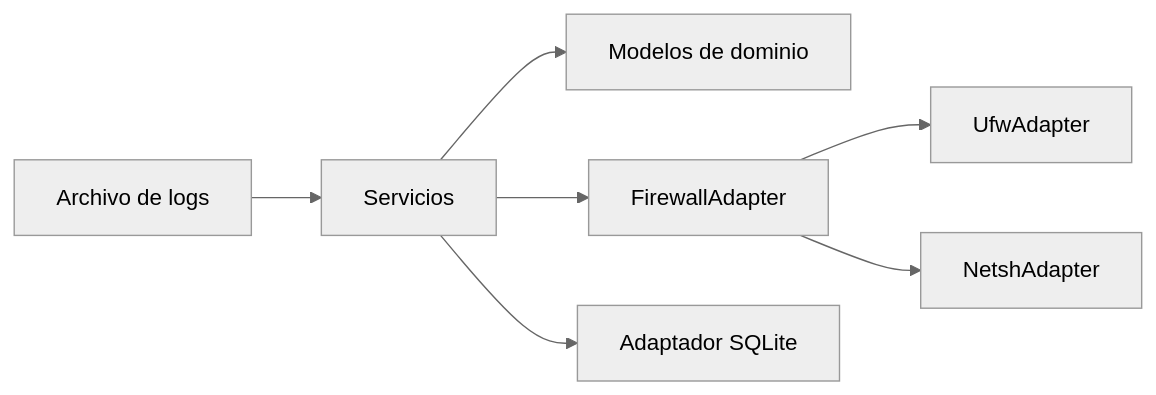
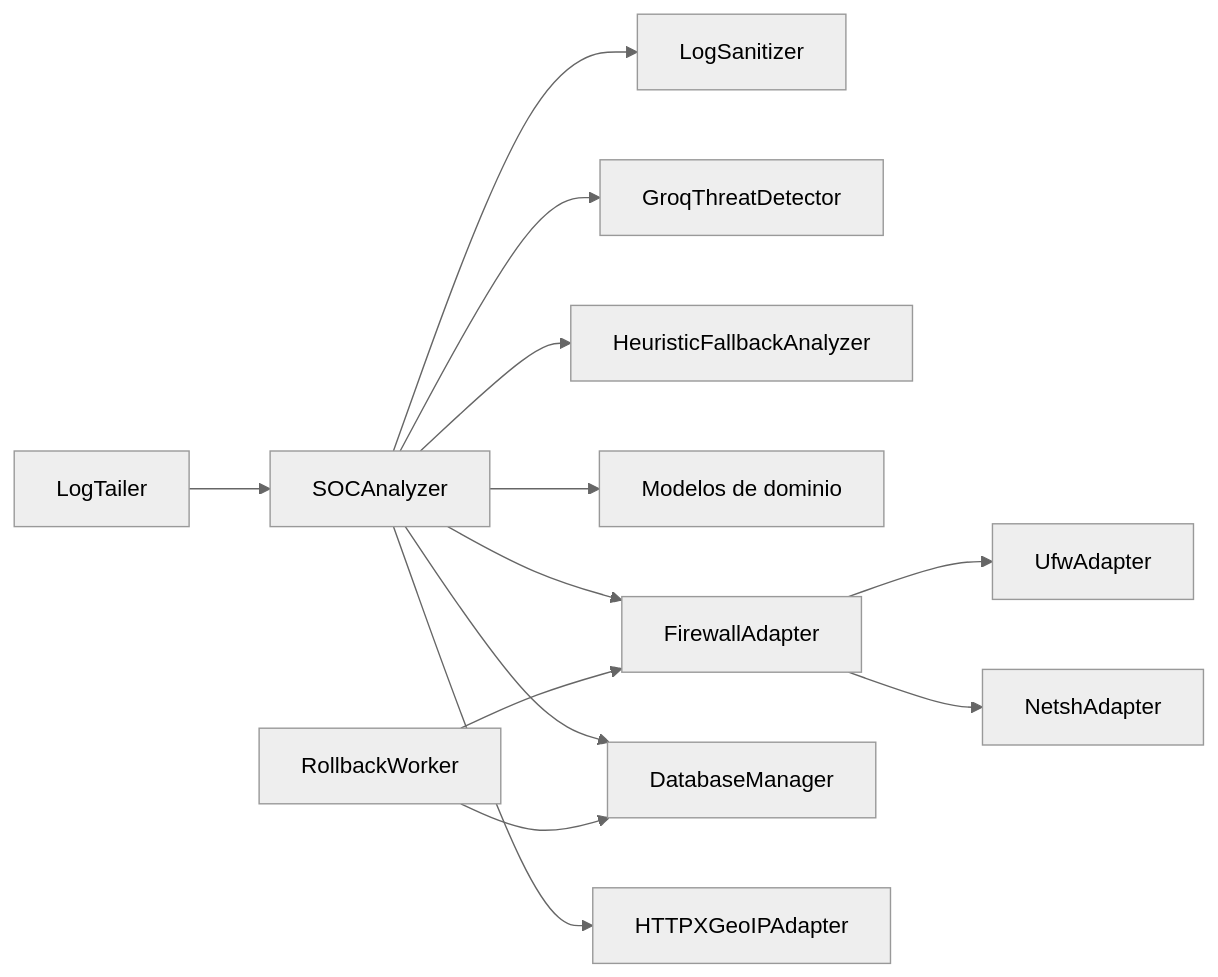
The diagram in ARCHITECTURE.md (juaanmgg/AI-SOC-Log-Analyzer), drawn with Mermaid (neutral theme) before and after one commit. The commit also changed other lines of this file and 4 other files, not shown here.

Commit message:
feat: Refactor architecture and enhance compatibility layer for modular CLI; update README and coverage files

````diff
--- a/ARCHITECTURE.md
+++ b/ARCHITECTURE.md
@@ -7,9 +7,15 @@
 ```mermaid
 flowchart LR
-    Logs[Archivo de logs] --> Services[Servicios]
-    Services --> Domain[Modelos de dominio]
-    Services --> Firewall[FirewallAdapter]
-    Services --> Database[Adaptador SQLite]
+    Logs[LogTailer] --> Analyzer[SOCAnalyzer]
+    Analyzer --> Sanitizer[LogSanitizer]
+    Analyzer --> LLM[GroqThreatDetector]
+    Analyzer --> Fallback[HeuristicFallbackAnalyzer]
+    Analyzer --> Domain[Modelos de dominio]
+    Analyzer --> Firewall[FirewallAdapter]
+    Analyzer --> Database[DatabaseManager]
+    Analyzer --> GeoIP[HTTPXGeoIPAdapter]
     Firewall --> UFW[UfwAdapter]
     Firewall --> Netsh[NetshAdapter]
+    Rollback[RollbackWorker] --> Database
+    Rollback --> Firewall
 ```
````
